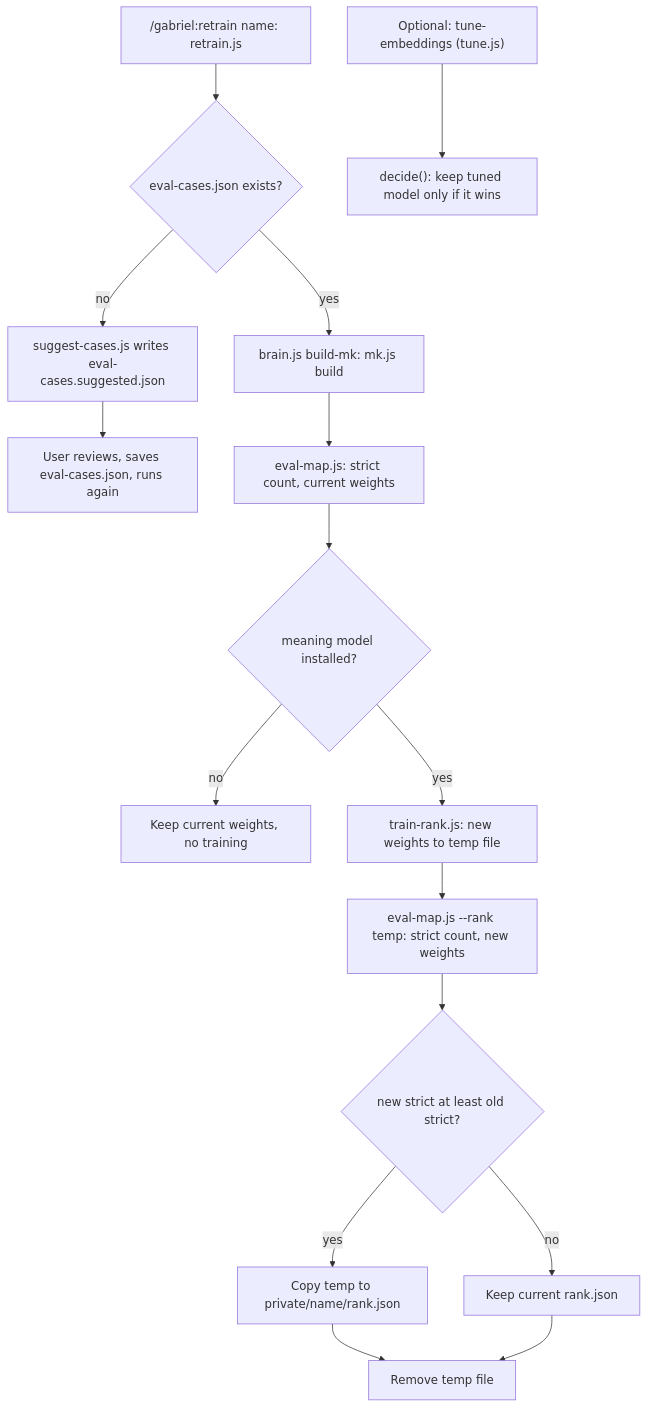
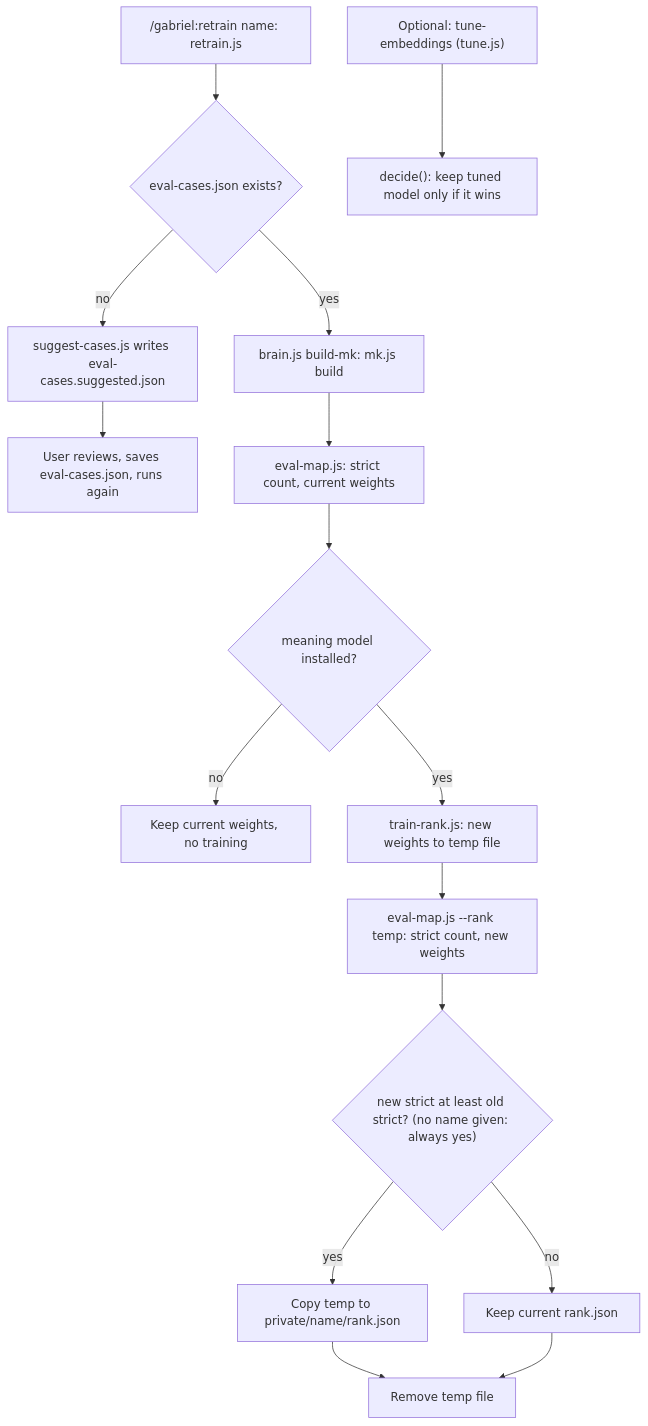
The diagram in repo-docs/business/workflows/W06-eval-and-retrain.md (ThanhNVan/gabriel-plugin), drawn with Mermaid before and after one commit. The commit also changed other lines of this file and 93 other files, not shown here.

````diff
--- a/repo-docs/business/workflows/W06-eval-and-retrain.md
+++ b/repo-docs/business/workflows/W06-eval-and-retrain.md
@@ -22,18 +22,18 @@
 ```mermaid
 flowchart TD
   A["/gabriel:retrain name: retrain.js"] --> B{"eval-cases.json exists?"}
   B -- no --> C["suggest-cases.js writes eval-cases.suggested.json"]
   C --> C2["User reviews, saves eval-cases.json, runs again"]
   B -- yes --> D["brain.js build-mk: mk.js build"]
   D --> E["eval-map.js: strict count, current weights"]
   E --> F{"meaning model installed?"}
   F -- no --> G["Keep current weights, no training"]
   F -- yes --> H["train-rank.js: new weights to temp file"]
   H --> I["eval-map.js --rank temp: strict count, new weights"]
-  I --> J{"new strict at least old strict?"}
+  I --> J{"new strict at least old strict? (no name given: always yes)"}
   J -- yes --> K["Copy temp to private/name/rank.json"]
   J -- no --> L["Keep current rank.json"]
   K --> M["Remove temp file"]
   L --> M
   T["Optional: tune-embeddings (tune.js)"] --> U["decide(): keep tuned model only if it wins"]
 ```
````
